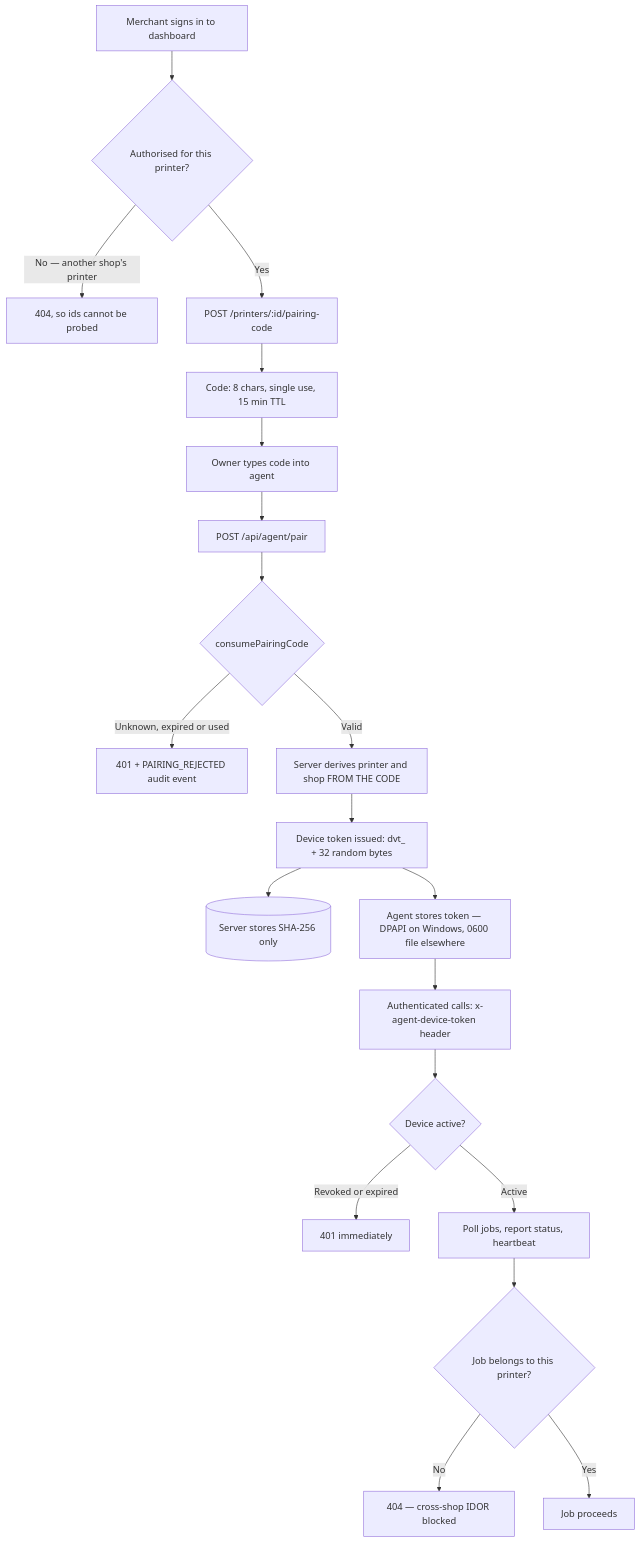
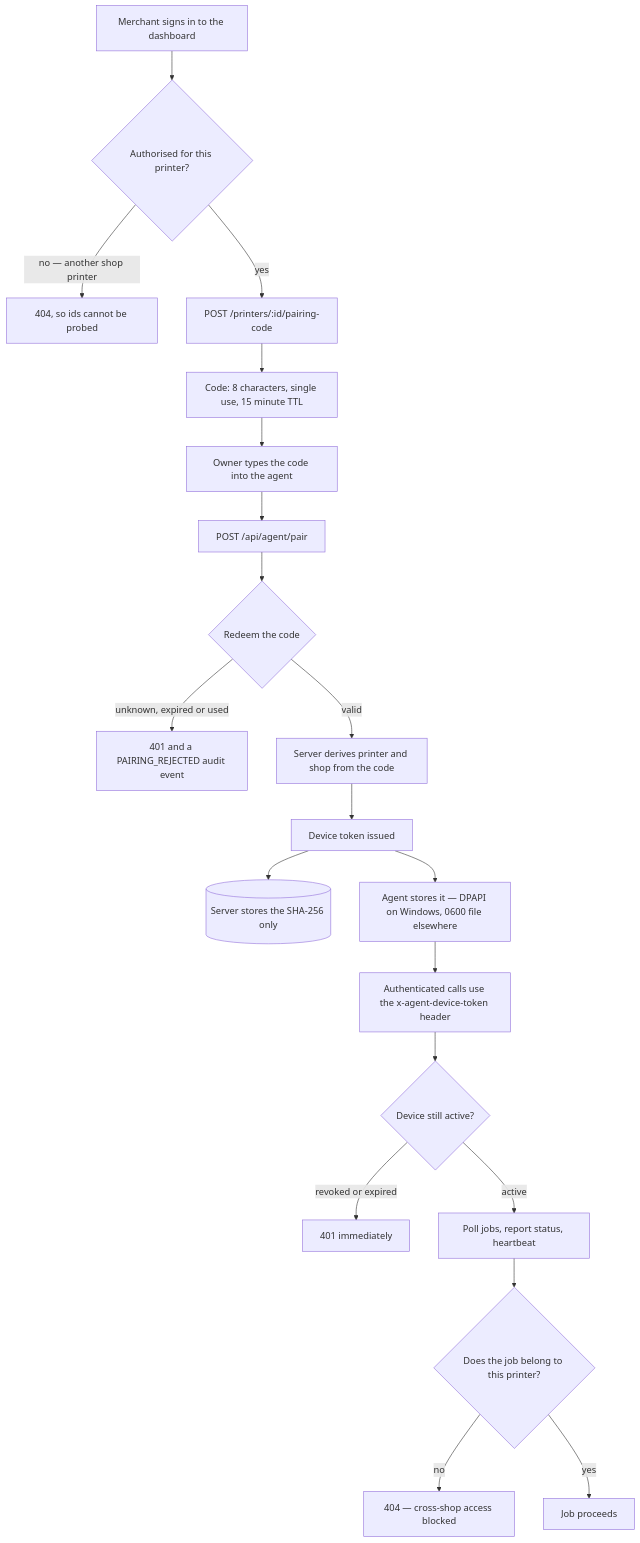
Before and after one commit to Ayan-css/PrintOK: the third of 5 diagrams in README.md, drawn with Mermaid. The commit also changed other lines of this file, not shown here.

First line of the commit message:
docs(readme): fix the architecture diagrams GitHub refused to render

````diff
--- a/README.md
+++ b/README.md
@@ -174,27 +167,27 @@
 ```mermaid
-graph TD
-    A[Merchant signs in to dashboard] --> B{Authorised for this printer?}
-    B -->|No — another shop's printer| C[404, so ids cannot be probed]
-    B -->|Yes| D[POST /printers/:id/pairing-code]
+flowchart TD
+    A["Merchant signs in to the dashboard"] --> B{"Authorised for this printer?"}
+    B -->|"no — another shop printer"| C["404, so ids cannot be probed"]
+    B -->|"yes"| D["POST /printers/:id/pairing-code"]
 
-    D --> E[Code: 8 chars, single use, 15 min TTL]
-    E --> F[Owner types code into agent]
-    F --> G[POST /api/agent/pair]
+    D --> E["Code: 8 characters, single use, 15 minute TTL"]
+    E --> F["Owner types the code into the agent"]
+    F --> G["POST /api/agent/pair"]
 
-    G --> H{consumePairingCode}
-    H -->|Unknown, expired or used| I[401 + PAIRING_REJECTED audit event]
-    H -->|Valid| J[Server derives printer and shop FROM THE CODE]
+    G --> H{"Redeem the code"}
+    H -->|"unknown, expired or used"| I["401 and a PAIRING_REJECTED audit event"]
+    H -->|"valid"| J["Server derives printer and shop from the code"]
 
-    J --> K[Device token issued: dvt_ + 32 random bytes]
-    K --> L[(Server stores SHA-256 only)]
-    K --> M[Agent stores token — DPAPI on Windows, 0600 file elsewhere]
+    J --> K["Device token issued"]
+    K --> L[("Server stores the SHA-256 only")]
+    K --> M["Agent stores it — DPAPI on Windows, 0600 file elsewhere"]
 
-    M --> N[Authenticated calls: x-agent-device-token header]
-    N --> O{Device active?}
-    O -->|Revoked or expired| P[401 immediately]
-    O -->|Active| Q[Poll jobs, report status, heartbeat]
+    M --> N["Authenticated calls use the x-agent-device-token header"]
+    N --> O{"Device still active?"}
+    O -->|"revoked or expired"| P["401 immediately"]
+    O -->|"active"| Q["Poll jobs, report status, heartbeat"]
 
-    Q --> R{Job belongs to this printer?}
-    R -->|No| S[404 — cross-shop IDOR blocked]
-    R -->|Yes| T[Job proceeds]
+    Q --> R{"Does the job belong to this printer?"}
+    R -->|"no"| S["404 — cross-shop access blocked"]
+    R -->|"yes"| T["Job proceeds"]
 ```
````
